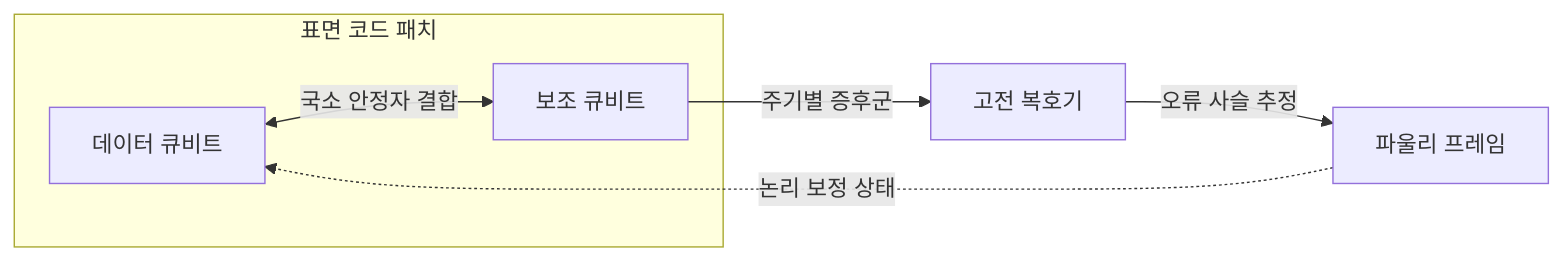
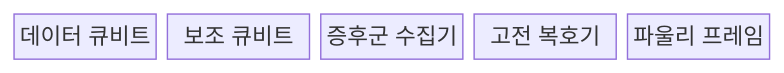
The first of 2 diagrams in src/content/docs/notes/02-hardware/074_quantum_error_correction_surface_code.md (agnusdei1207/knowledge-base), drawn with Mermaid before and after one commit. The commit also changed other lines of this file and 20 other files, not shown here.

````diff
--- a/src/content/docs/notes/02-hardware/074_quantum_error_correction_surface_code.md
+++ b/src/content/docs/notes/02-hardware/074_quantum_error_correction_surface_code.md
@@ -61,9 +59,9 @@
 ```mermaid
-flowchart LR
-    subgraph P["표면 코드 패치"]
-        D[데이터 큐비트] <-->|국소 안정자 결합| A[보조 큐비트]
-    end
-    A -->|주기별 증후군| C[고전 복호기]
-    C -->|오류 사슬 추정| F[파울리 프레임]
-    F -.->|논리 보정 상태| D
+block
+  columns 5
+  A["데이터 큐비트"]
+  B["보조 큐비트"]
+  C["증후군 수집기"]
+  D["고전 복호기"]
+  E["파울리 프레임"]
 ```
````
